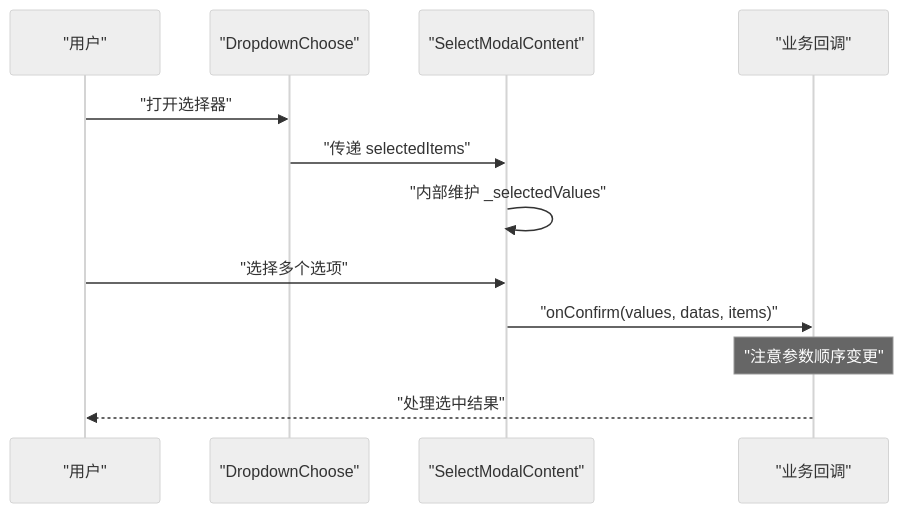
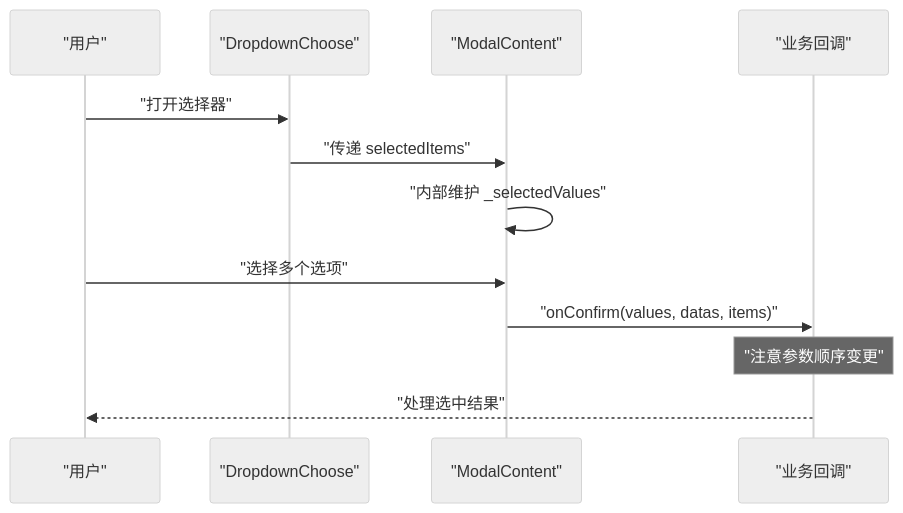
Before and after one commit to yuzhido/lite-ui: the sixth of 6 diagrams in .qoder/repowiki/zh/content/迁移指南.md, drawn with Mermaid (neutral theme). The commit also changed other lines of this file and 16 other files, not shown here.

````diff
--- a/.qoder/repowiki/zh/content/迁移指南.md
+++ b/.qoder/repowiki/zh/content/迁移指南.md
@@ -321,14 +343,14 @@
 ```mermaid
 sequenceDiagram
 participant User as "用户"
 participant DC as "DropdownChoose"
-participant SM as "SelectModalContent"
+participant SM as "ModalContent"
 participant Callback as "业务回调"
 User->>DC : "打开选择器"
 DC->>SM : "传递 selectedItems"
 SM->>SM : "内部维护 _selectedValues"
 User->>SM : "选择多个选项"
 SM->>Callback : "onConfirm(values, datas, items)"
 Note over Callback : "注意参数顺序变更"
 Callback-->>User : "处理选中结果"
 ```
````
